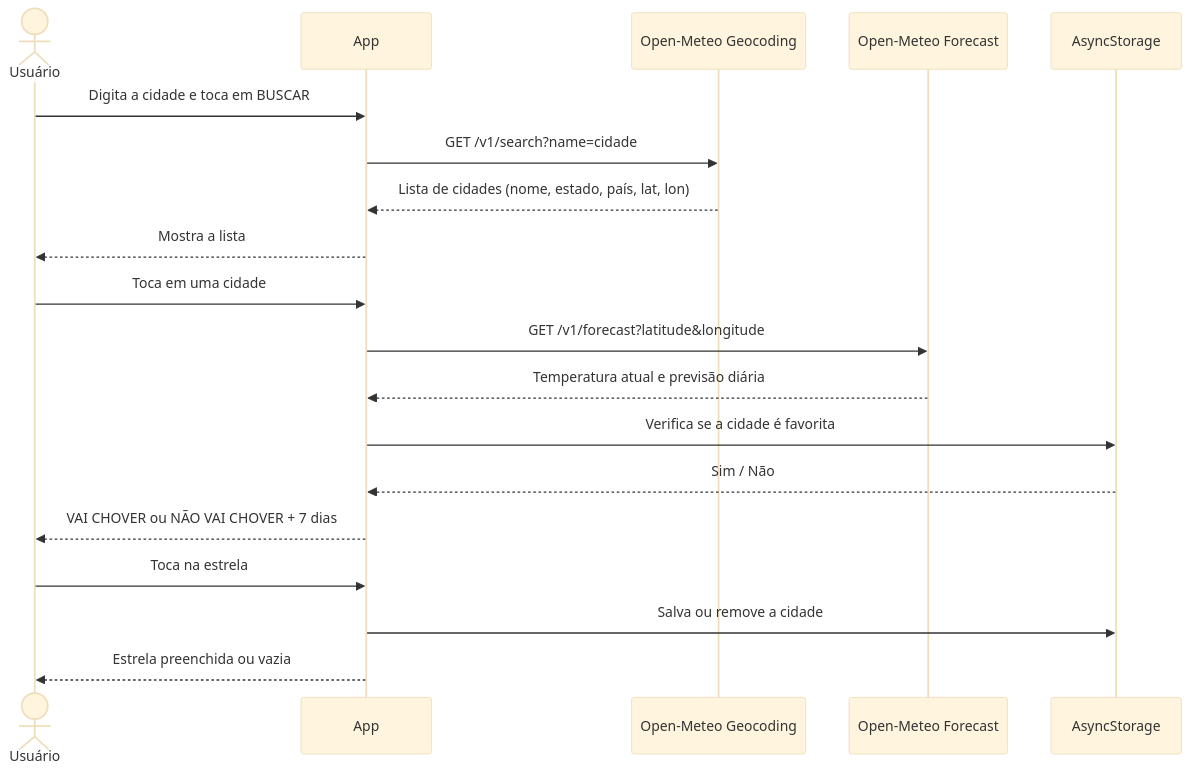
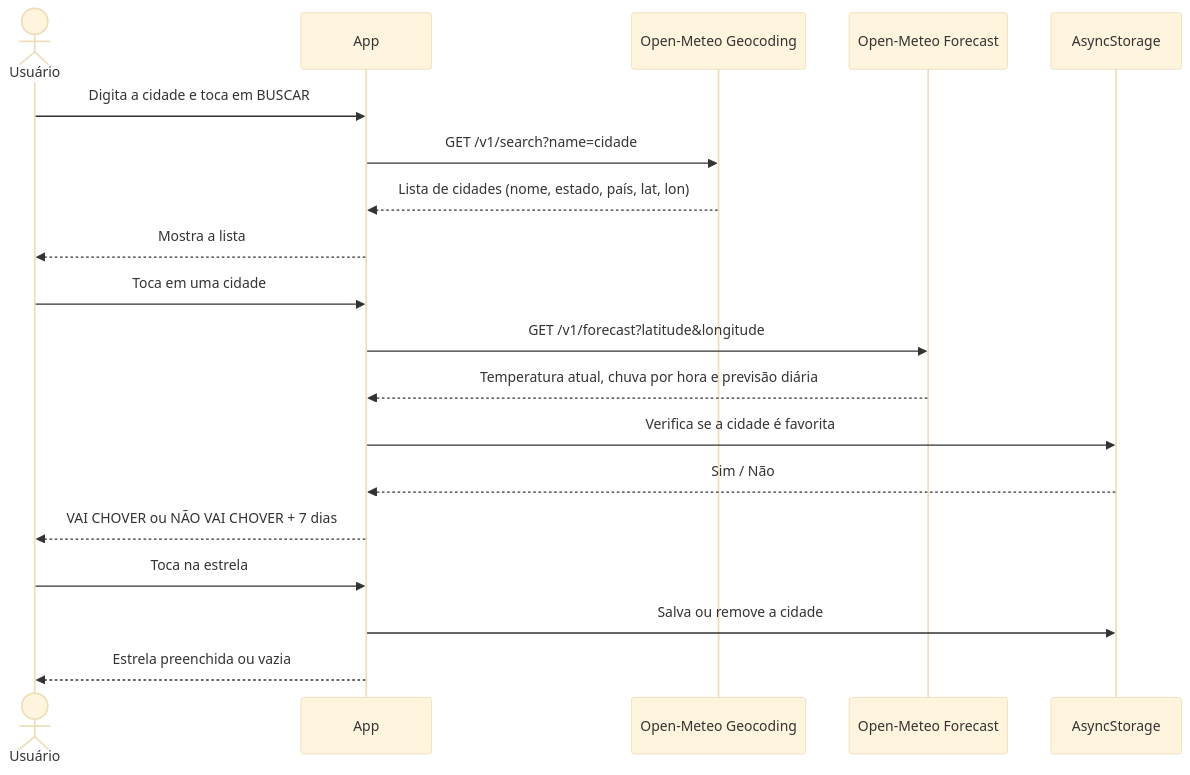
Before and after one commit to evertton82/chove-ou-nao-chove: the fourth of 5 diagrams in README.md, drawn with Mermaid (base theme). The commit also changed other lines of this file, not shown here.

Commit message:
Atualiza README com a chuva por hora

````diff
--- a/README.md
+++ b/README.md
@@ -113,22 +115,22 @@
 ```mermaid
 sequenceDiagram
     actor U as Usuário
     participant App
     participant Geo as Open-Meteo Geocoding
     participant Clima as Open-Meteo Forecast
     participant AS as AsyncStorage
 
     U->>App: Digita a cidade e toca em BUSCAR
     App->>Geo: GET /v1/search?name=cidade
     Geo-->>App: Lista de cidades (nome, estado, país, lat, lon)
     App-->>U: Mostra a lista
     U->>App: Toca em uma cidade
     App->>Clima: GET /v1/forecast?latitude&longitude
-    Clima-->>App: Temperatura atual e previsão diária
+    Clima-->>App: Temperatura atual, chuva por hora e previsão diária
     App->>AS: Verifica se a cidade é favorita
     AS-->>App: Sim / Não
     App-->>U: VAI CHOVER ou NÃO VAI CHOVER + 7 dias
     U->>App: Toca na estrela
     App->>AS: Salva ou remove a cidade
     App-->>U: Estrela preenchida ou vazia
 ```
````
